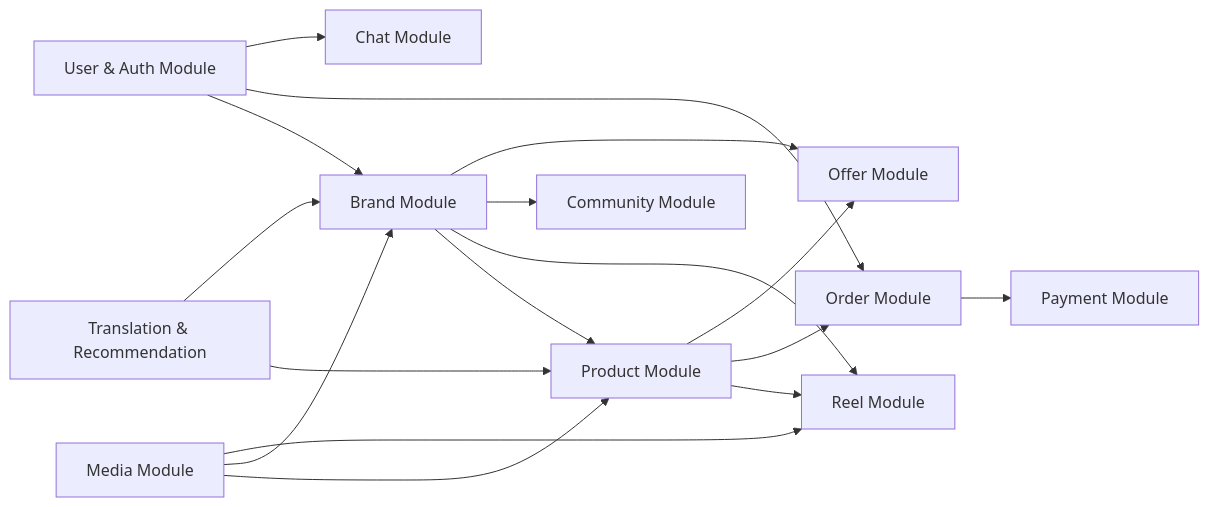
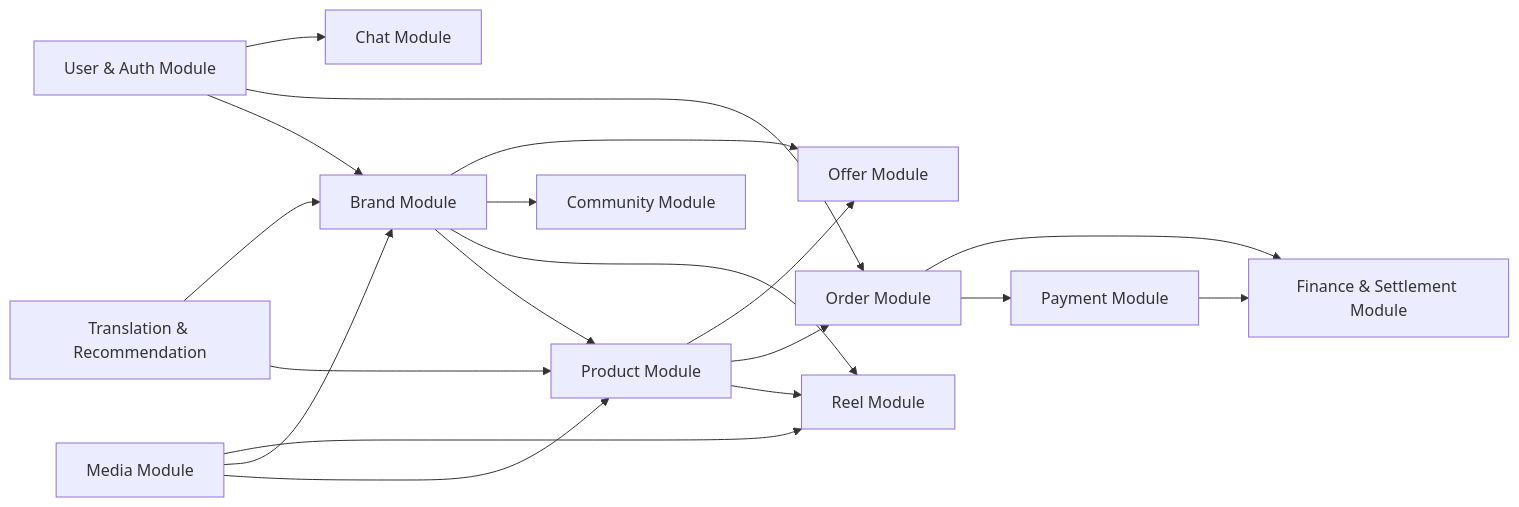
One commit to AbdAlRahman-Hesham/ReelsCommerceSystem changed the third of 8 diagrams in Backend_Architecture_Analysis.md. Above: the diagram before and after it, drawn with Mermaid. The commit also changed other lines of this file and 68 other files, not shown here.

````diff
--- a/Backend_Architecture_Analysis.md
+++ b/Backend_Architecture_Analysis.md
@@ -594,24 +946,26 @@
 ```mermaid
 graph LR
     Auth[User & Auth Module] --> Brand[Brand Module]
     Auth --> Order[Order Module]
     Auth --> Chat[Chat Module]
     
     Brand --> Product[Product Module]
     Brand --> Reel[Reel Module]
     Brand --> Community[Community Module]
     Brand --> Offer[Offer Module]
     
     Product --> Reel
     Product --> Order
     Product --> Offer
     
     Order --> Payment[Payment Module]
+    Payment --> Finance[Finance & Settlement Module]
+    Order --> Finance
     
     Media[Media Module] --> Product
     Media --> Brand
     Media --> Reel
     
     Translation[Translation & Recommendation] --> Product
     Translation --> Brand
 ```
````
